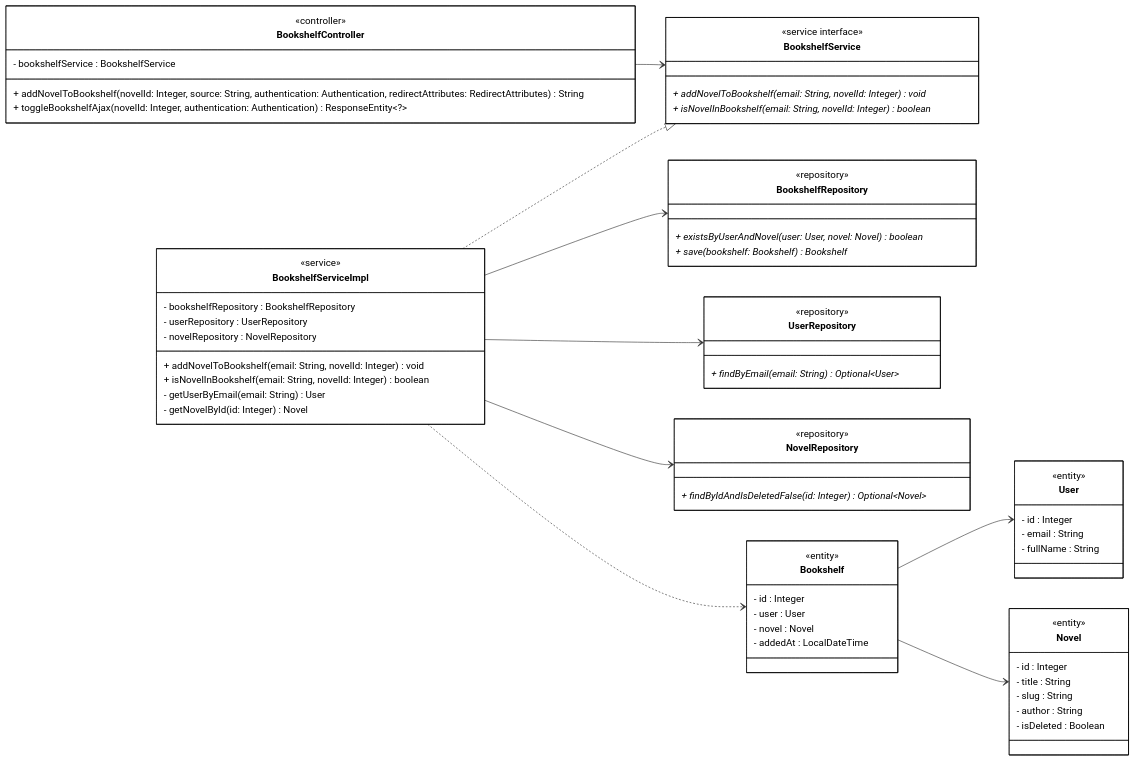
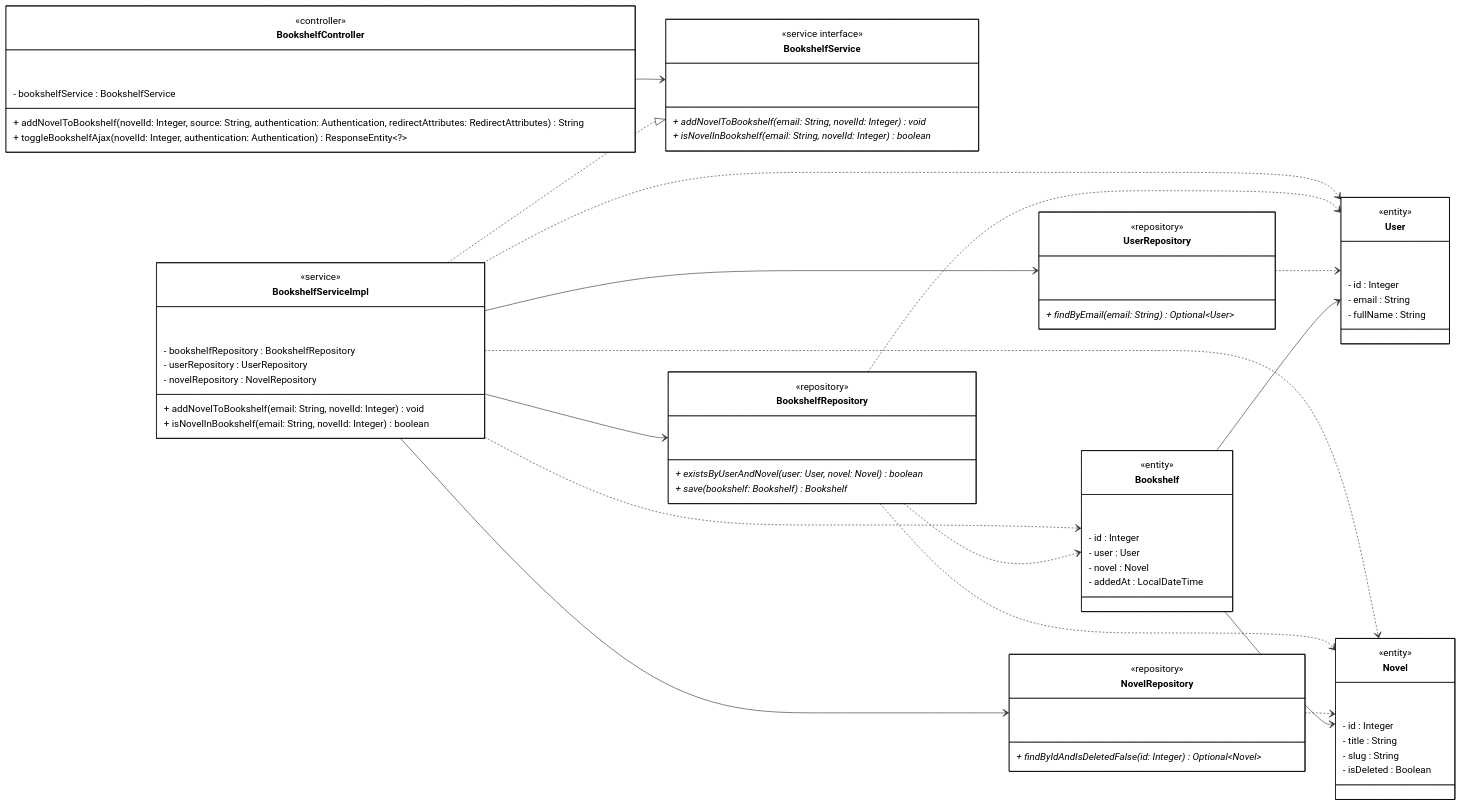
The diagram in docs/diagrams/class_mermaid/cls_mm_uc20_add_novel_to_bookshelf.mmd (Phuoctai228/tram-truyen), drawn with Mermaid before and after one commit. The commit also changed 85 other files, not shown here.

```diff
--- a/docs/diagrams/class_mermaid/cls_mm_uc20_add_novel_to_bookshelf.mmd
+++ b/docs/diagrams/class_mermaid/cls_mm_uc20_add_novel_to_bookshelf.mmd
@@ -1,79 +1,99 @@
 classDiagram
-direction LR
+    direction LR
 
-class BookshelfController {
-    <<controller>>
-    - bookshelfService : BookshelfService
-    + addNovelToBookshelf(novelId: Integer, source: String, authentication: Authentication, redirectAttributes: RedirectAttributes) String
-    + toggleBookshelfAjax(novelId: Integer, authentication: Authentication) ResponseEntity~?~
-}
+    class BookshelfController {
+        <<controller>>
+        ⠀
+        ⠀⠀
+        - bookshelfService : BookshelfService
+        + addNovelToBookshelf(novelId: Integer, source: String, authentication: Authentication, redirectAttributes: RedirectAttributes) String
+        + toggleBookshelfAjax(novelId: Integer, authentication: Authentication) ResponseEntity~?~
+    }
 
-class BookshelfService {
-    <<service interface>>
-    + addNovelToBookshelf(email: String, novelId: Integer) void*
-    + isNovelInBookshelf(email: String, novelId: Integer) boolean*
-}
+    class BookshelfService {
+        <<service interface>>
+        ⠀
+        ⠀⠀
+        + addNovelToBookshelf(email: String, novelId: Integer) void*
+        + isNovelInBookshelf(email: String, novelId: Integer) boolean*
+    }
 
-class BookshelfServiceImpl {
-    <<service>>
-    - bookshelfRepository : BookshelfRepository
-    - userRepository : UserRepository
-    - novelRepository : NovelRepository
-    + addNovelToBookshelf(email: String, novelId: Integer) void
-    + isNovelInBookshelf(email: String, novelId: Integer) boolean
-    - getUserByEmail(email: String) User
-    - getNovelById(id: Integer) Novel
-}
+    class BookshelfServiceImpl {
+        <<service>>
+        ⠀
+        ⠀⠀
+        - bookshelfRepository : BookshelfRepository
+        - userRepository : UserRepository
+        - novelRepository : NovelRepository
+        + addNovelToBookshelf(email: String, novelId: Integer) void
+        + isNovelInBookshelf(email: String, novelId: Integer) boolean
+    }
 
-class BookshelfRepository {
-    <<repository>>
-    + existsByUserAndNovel(user: User, novel: Novel) boolean*
-    + save(bookshelf: Bookshelf) Bookshelf*
-}
+    class BookshelfRepository {
+        <<repository>>
+        ⠀
+        ⠀⠀
+        + existsByUserAndNovel(user: User, novel: Novel) boolean*
+        + save(bookshelf: Bookshelf) Bookshelf*
+    }
 
-class UserRepository {
-    <<repository>>
-    + findByEmail(email: String) Optional~User~*
-}
+    class UserRepository {
+        <<repository>>
+        ⠀
+        ⠀⠀
+        + findByEmail(email: String) Optional~User~*
+    }
 
-class NovelRepository {
-    <<repository>>
-    + findByIdAndIsDeletedFalse(id: Integer) Optional~Novel~*
-}
+    class NovelRepository {
+        <<repository>>
+        ⠀
+        ⠀⠀
+        + findByIdAndIsDeletedFalse(id: Integer) Optional~Novel~*
+    }
 
-class Bookshelf {
-    <<entity>>
-    - id : Integer
-    - user : User
-    - novel : Novel
-    - addedAt : LocalDateTime
-}
+    class Bookshelf {
+        <<entity>>
+        ⠀
+        ⠀⠀
+        - id : Integer
+        - user : User
+        - novel : Novel
+        - addedAt : LocalDateTime
+    }
 
-class User {
-    <<entity>>
-    - id : Integer
-    - email : String
-    - fullName : String
-}
+    class User {
+        <<entity>>
+        ⠀
+        ⠀⠀
+        - id : Integer
+        - email : String
+        - fullName : String
+    }
 
-class Novel {
-    <<entity>>
-    - id : Integer
-    - title : String
-    - slug : String
-    - author : String
-    - isDeleted : Boolean
-}
+    class Novel {
+        <<entity>>
+        ⠀
+        ⠀⠀
+        - id : Integer
+        - title : String
+        - slug : String
+        - isDeleted : Boolean
+    }
 
-BookshelfController --> BookshelfService
-BookshelfServiceImpl ..|> BookshelfService
+    BookshelfController --> BookshelfService
+    BookshelfServiceImpl ..|> BookshelfService
+    BookshelfServiceImpl --> BookshelfRepository
+    BookshelfServiceImpl --> UserRepository
+    BookshelfServiceImpl --> NovelRepository
+    BookshelfServiceImpl ..> Bookshelf
+    BookshelfServiceImpl ..> User
+    BookshelfServiceImpl ..> Novel
+    BookshelfRepository ..> Bookshelf
+    BookshelfRepository ..> User
+    BookshelfRepository ..> Novel
+    UserRepository ..> User
+    NovelRepository ..> Novel
+    Bookshelf --> User
+    Bookshelf --> Novel
 
-BookshelfServiceImpl --> BookshelfRepository
-BookshelfServiceImpl --> UserRepository
-BookshelfServiceImpl --> NovelRepository
-
-BookshelfServiceImpl ..> Bookshelf
-Bookshelf --> User
-Bookshelf --> Novel
-
-classDef default fill:#FFFFFF,stroke:#000000,stroke-width:1px,color:#000000
+    classDef default fill:#FFFFFF,stroke:#000000,stroke-width:1px,color:#000000
```
